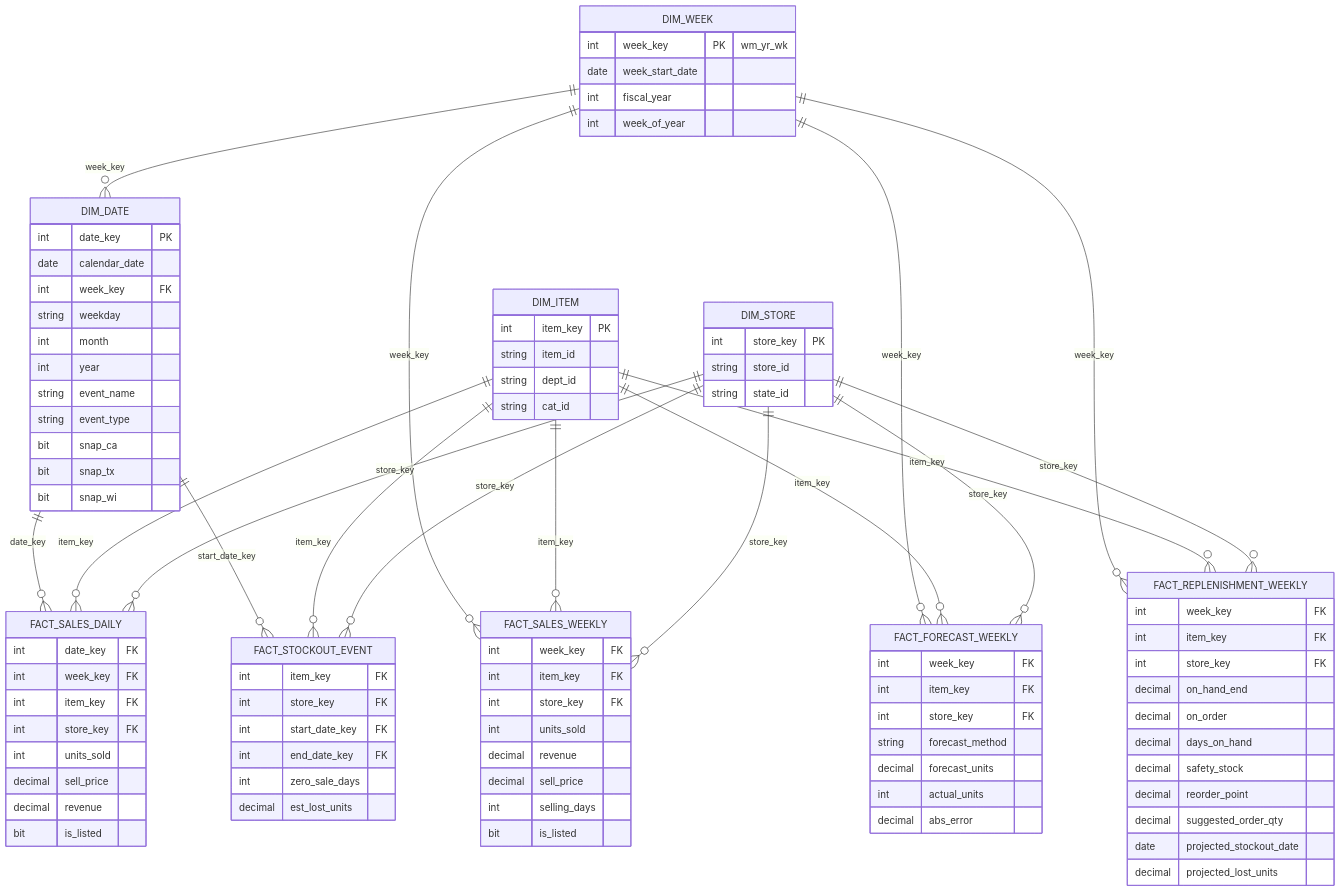
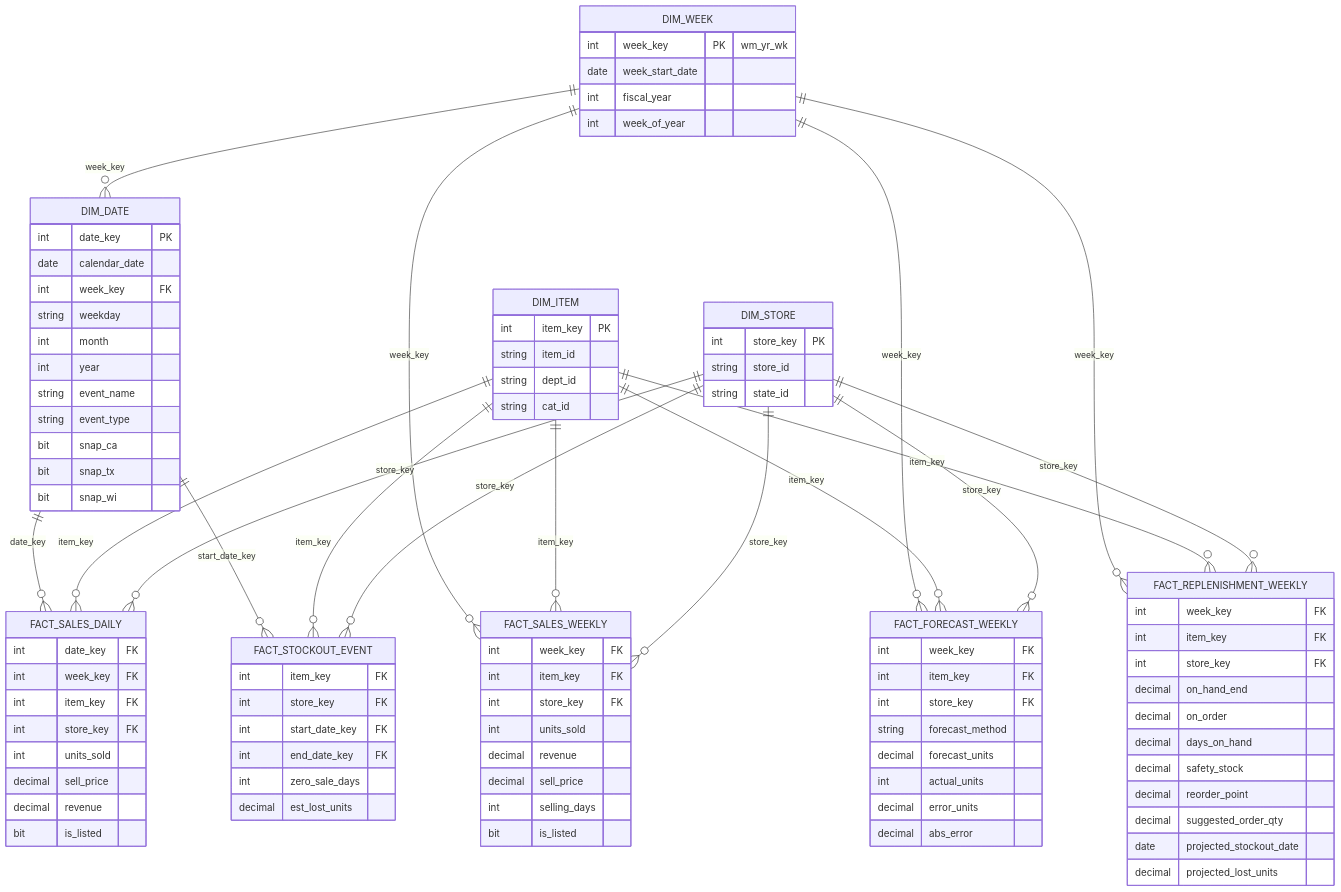
Before and after one commit to ghudes/m5-retail-replenishment: the diagram in README.md, drawn with Mermaid. The commit also changed other lines of this file, not shown here.

```diff
--- a/README.md
+++ b/README.md
@@ -151,6 +151,7 @@
         string forecast_method
         decimal forecast_units
         int actual_units
+        decimal error_units
         decimal abs_error
     }
     FACT_REPLENISHMENT_WEEKLY {
```
